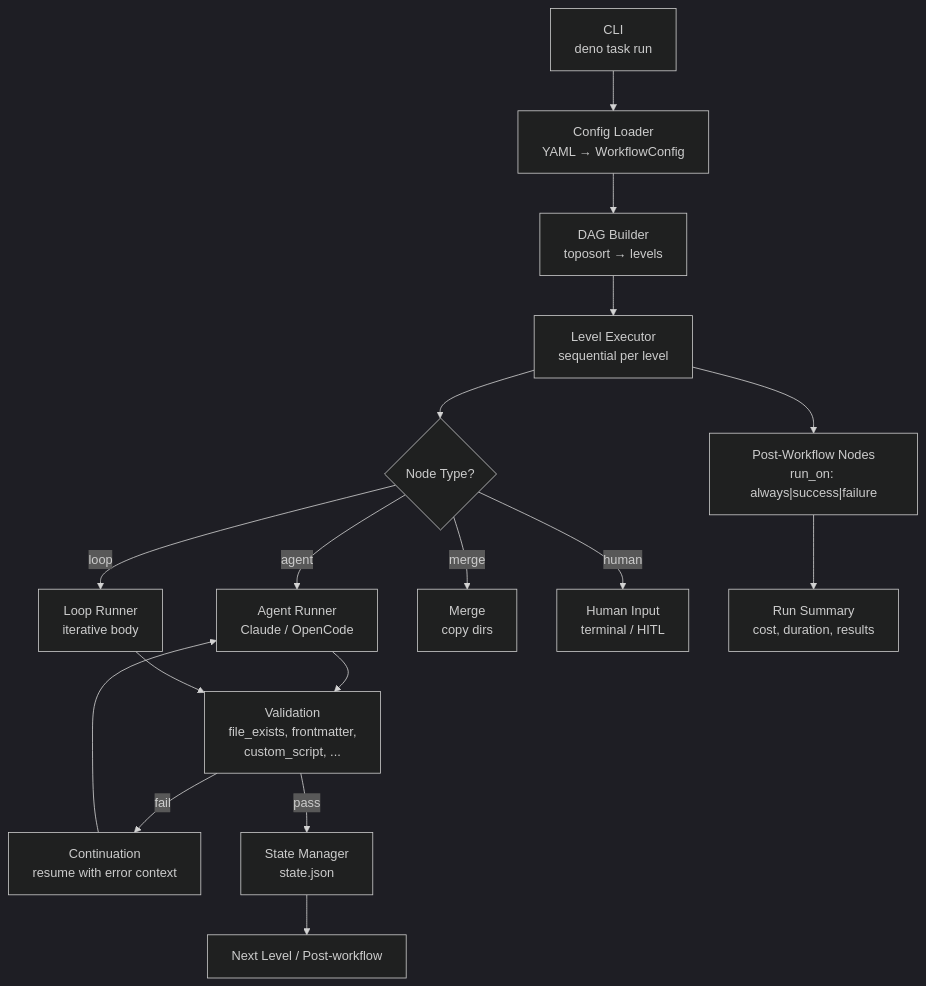
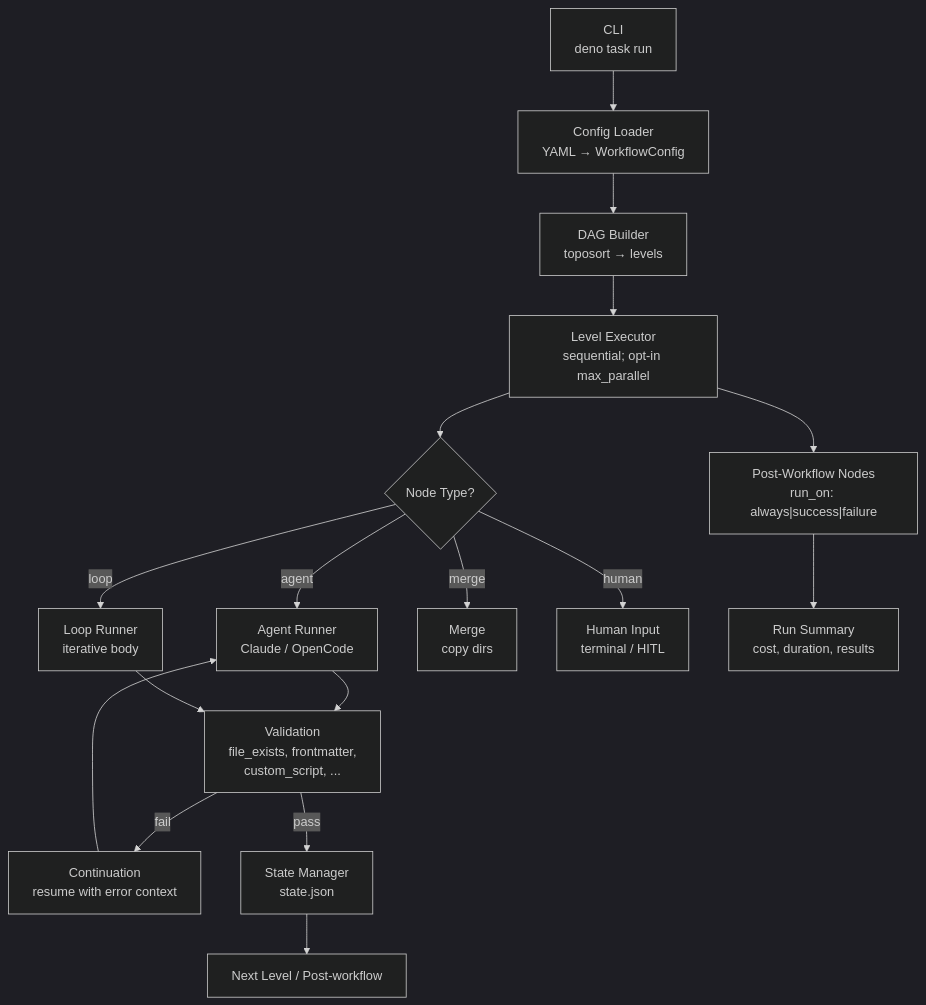
The first of 2 diagrams in README.md (korchasa/auto-flow), drawn with Mermaid (dark theme) before and after one commit. The commit also changed other lines of this file and 37 other files, not shown here.

````diff
--- a/README.md
+++ b/README.md
@@ -125,22 +125,22 @@
 ```mermaid
 graph TD
     CLI["CLI<br/>deno task run"] --> ConfigLoader["Config Loader<br/>YAML → WorkflowConfig"]
     ConfigLoader --> DAG["DAG Builder<br/>toposort → levels"]
-    DAG --> Executor["Level Executor<br/>sequential per level"]
+    DAG --> Executor["Level Executor<br/>sequential; opt-in max_parallel"]
 
     Executor --> Dispatch{Node Type?}
     Dispatch -->|agent| Agent["Agent Runner<br/>Claude / OpenCode"]
     Dispatch -->|loop| Loop["Loop Runner<br/>iterative body"]
     Dispatch -->|merge| Merge["Merge<br/>copy dirs"]
     Dispatch -->|human| Human["Human Input<br/>terminal / HITL"]
 
     Agent --> Validate["Validation<br/>file_exists, frontmatter,<br/>custom_script, ..."]
     Loop --> Validate
     Validate -->|fail| Continue["Continuation<br/>resume with error context"]
     Continue --> Agent
     Validate -->|pass| State["State Manager<br/>state.json"]
     State --> Next["Next Level / Post-workflow"]
 
     Executor --> PostWorkflow["Post-Workflow Nodes<br/>run_on: always|success|failure"]
     PostWorkflow --> Summary["Run Summary<br/>cost, duration, results"]
 ```
````
